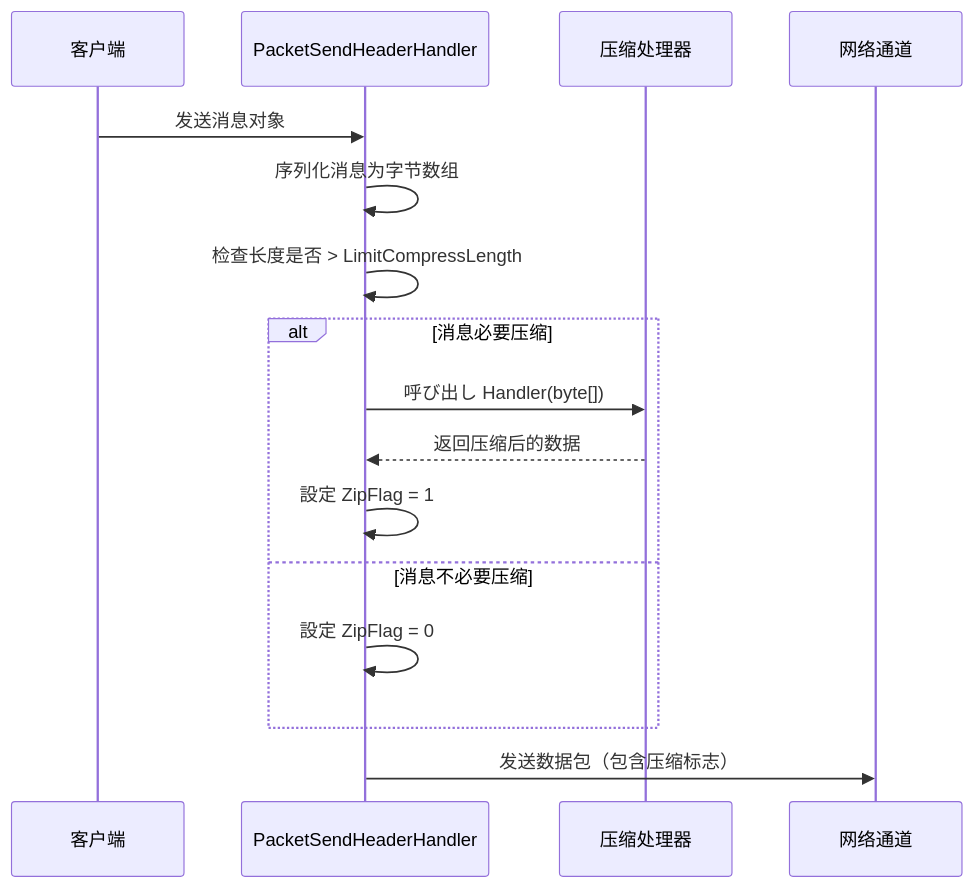
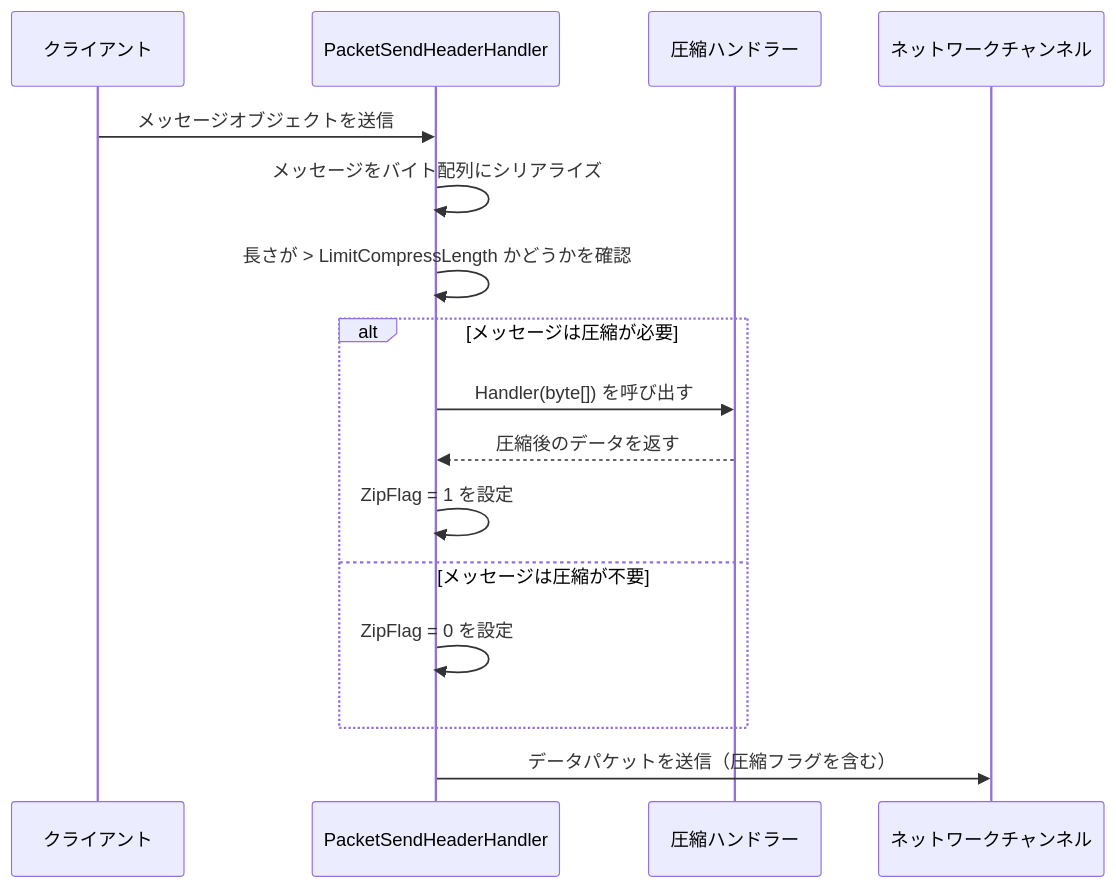
The second of 3 diagrams in docs/ja/client/unity/component/network/10.message-compression.md (AlianBlank/GameFrameX.Docs), drawn with Mermaid before and after one commit. The commit also changed other lines of this file and 320 other files, not shown here.

````diff
--- a/docs/ja/client/unity/component/network/10.message-compression.md
+++ b/docs/ja/client/unity/component/network/10.message-compression.md
@@ -131,21 +131,21 @@
 ```mermaid
 sequenceDiagram
-    participant Client as 客户端
+    participant Client as クライアント
     participant SendHeader as PacketSendHeaderHandler
-    participant Compress as 压缩处理器
-    participant Network as 网络通道
+    participant Compress as 圧縮ハンドラー
+    participant Network as ネットワークチャンネル
 
-    Client->>SendHeader: 发送消息对象
-    SendHeader->>SendHeader: 序列化消息为字节数组
-    SendHeader->>SendHeader: 检查长度是否 > LimitCompressLength
+    Client->>SendHeader: メッセージオブジェクトを送信
+    SendHeader->>SendHeader: メッセージをバイト配列にシリアライズ
+    SendHeader->>SendHeader: 長さが > LimitCompressLength かどうかを確認
     
-    alt 消息必要压缩
-        SendHeader->>Compress: 呼び出し Handler(byte[])
-        Compress-->>SendHeader: 返回压缩后的数据
-        SendHeader->>SendHeader: 設定 ZipFlag = 1
-    else 消息不必要压缩
-        SendHeader->>SendHeader: 設定 ZipFlag = 0
+    alt メッセージは圧縮が必要
+        SendHeader->>Compress: Handler(byte[]) を呼び出す
+        Compress-->>SendHeader: 圧縮後のデータを返す
+        SendHeader->>SendHeader: ZipFlag = 1 を設定
+    else メッセージは圧縮が不要
+        SendHeader->>SendHeader: ZipFlag = 0 を設定
     end
     
-    SendHeader->>Network: 发送数据包（包含压缩标志）
+    SendHeader->>Network: データパケットを送信（圧縮フラグを含む）
 ```
````
